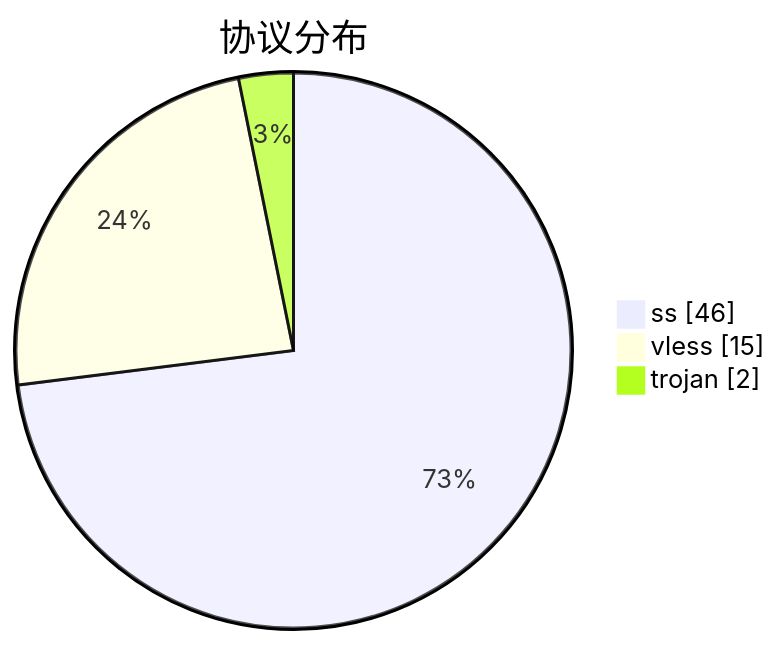
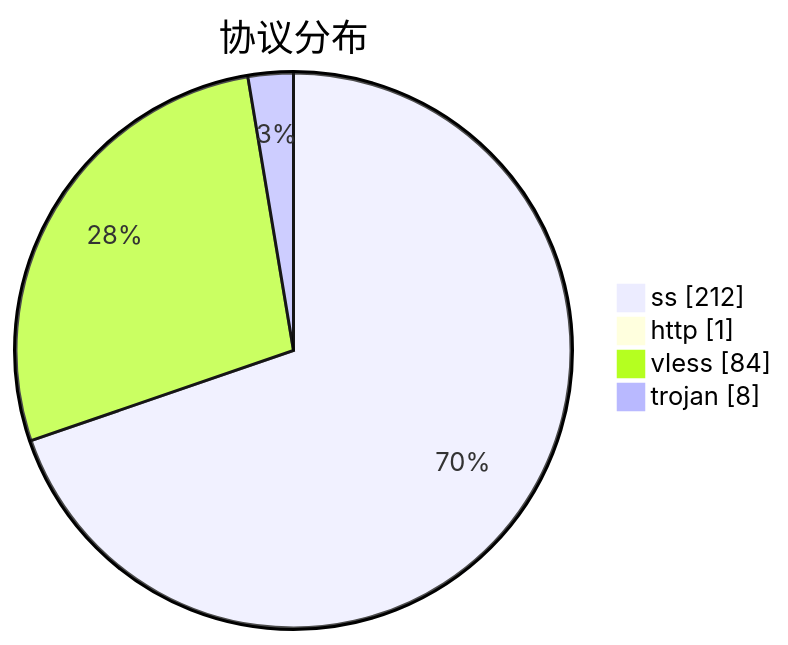
Before and after one commit to qjlxg/airport: the third of 3 diagrams in subs/statistics/tested_within.md, drawn with Mermaid. The commit also changed other lines of this file and 2 other files, not shown here.

````diff
--- a/subs/statistics/tested_within.md
+++ b/subs/statistics/tested_within.md
@@ -17,7 +20,8 @@
 ```mermaid
 pie showData
 title 协议分布
-"ss" : 46
-"vless" : 15
-"trojan" : 2
+"ss" : 212
+"http" : 1
+"vless" : 84
+"trojan" : 8
 ```
````
